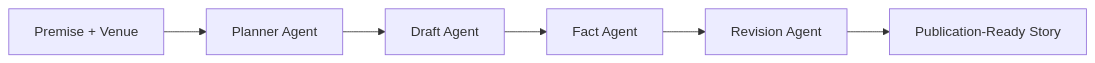
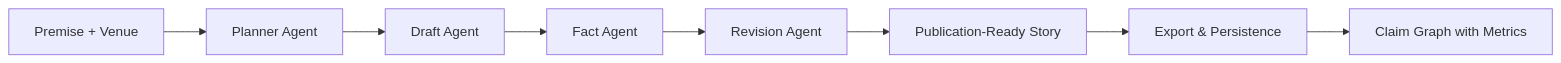
One commit to AndrewMichael2020/lit-nonfiction-weave changed the diagram in README.md. Above: the diagram before and after it, drawn with Mermaid. The commit also changed other lines of this file, not shown here.

Commit message:
docs(README): update architecture section with config loader, JSON sanitizer, claim graph, safe venue labeling, and progress snapshot

````diff
--- a/README.md
+++ b/README.md
@@ -43,8 +43,10 @@
 ```mermaid
 graph LR
     A[Premise + Venue] --> B[Planner Agent]
     B --> C[Draft Agent]  
     C --> D[Fact Agent]
     D --> E[Revision Agent]
     E --> F[Publication-Ready Story]
+    F --> G[Export & Persistence]
+    G --> H[Claim Graph with Metrics]
 ```
````
